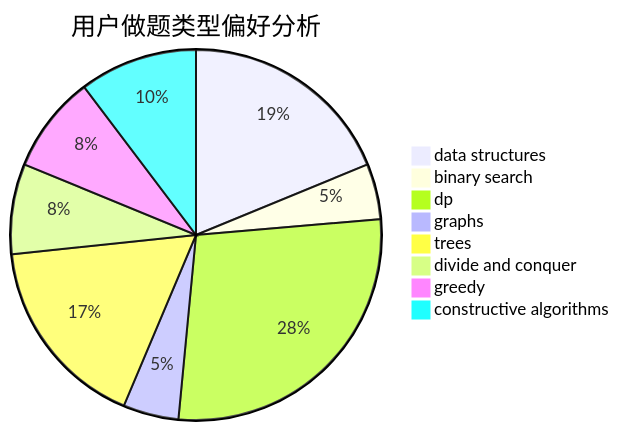
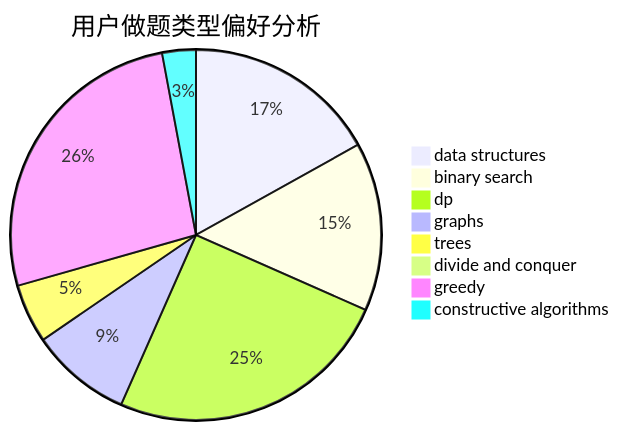
One commit to sherpahu/cfrs.github.io changed the second of 3 diagrams in docs/user/u2432.md. Above: the diagram before and after it, drawn with Mermaid. The commit also changed other lines of this file and 2770 other files, not shown here.

````diff
--- a/docs/user/u2432.md
+++ b/docs/user/u2432.md
@@ -23,11 +23,11 @@
 ```mermaid
 pie title 用户做题类型偏好分析
-    "data structures" :  31
-    "binary search" :  8
-    "dp" :  46
-    "graphs" :  8
-    "trees" :  28
-    "divide and conquer" :  13
-    "greedy" :  14
-    "constructive algorithms" :  17
+    "data structures" :  23
+    "binary search" :  20
+    "dp" :  34
+    "graphs" :  12
+    "trees" :  7
+    "divide and conquer" :  1
+    "greedy" :  36
+    "constructive algorithms" :  4
 ```
````
